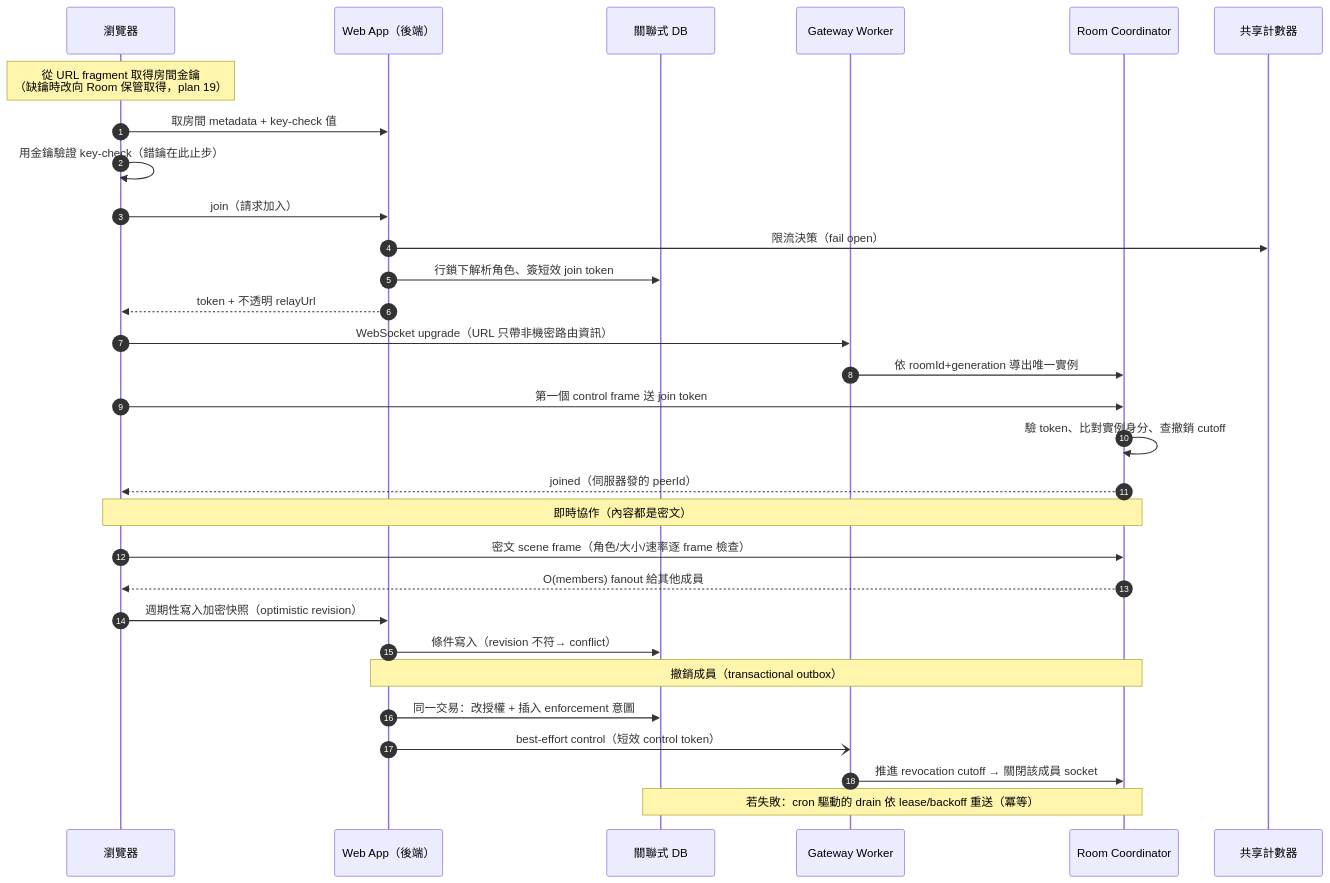
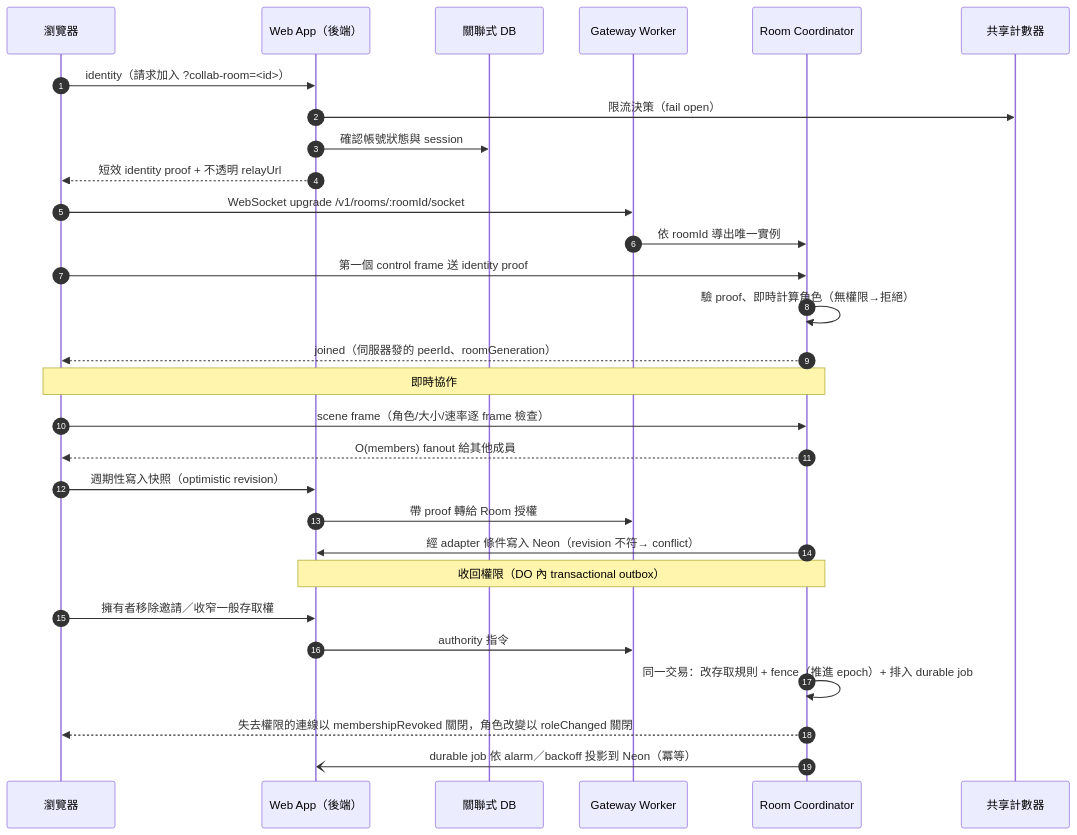
The second of 2 diagrams in docs/system-design/system-overview.md (EricTsai83/drawstuff), drawn with Mermaid before and after one commit. The commit also changed other lines of this file and 48 other files, not shown here.

````diff
--- a/docs/system-design/system-overview.md
+++ b/docs/system-design/system-overview.md
@@ -63,35 +59,34 @@
 ```mermaid
 sequenceDiagram
     autonumber
     participant B as 瀏覽器
     participant W as Web App（後端）
     participant DB as 關聯式 DB
     participant G as Gateway Worker
     participant DO as Room Coordinator
     participant R as 共享計數器
 
-    Note over B: 從 URL fragment 取得房間金鑰<br/>（缺鑰時改向 Room 保管取得，plan 19）
-    B->>W: 取房間 metadata + key-check 值
-    B->>B: 用金鑰驗證 key-check（錯鑰在此止步）
-    B->>W: join（請求加入）
+    B->>W: identity（請求加入 ?collab-room=<id>）
     W->>R: 限流決策（fail open）
-    W->>DB: 行鎖下解析角色、簽短效 join token
-    W-->>B: token + 不透明 relayUrl
-    B->>G: WebSocket upgrade（URL 只帶非機密路由資訊）
-    G->>DO: 依 roomId+generation 導出唯一實例
-    B->>DO: 第一個 control frame 送 join token
-    DO->>DO: 驗 token、比對實例身分、查撤銷 cutoff
-    DO-->>B: joined（伺服器發的 peerId）
+    W->>DB: 確認帳號狀態與 session
+    W-->>B: 短效 identity proof + 不透明 relayUrl
+    B->>G: WebSocket upgrade /v1/rooms/:roomId/socket
+    G->>DO: 依 roomId 導出唯一實例
+    B->>DO: 第一個 control frame 送 identity proof
+    DO->>DO: 驗 proof、即時計算角色（無權限→拒絕）
+    DO-->>B: joined（伺服器發的 peerId、roomGeneration）
 
-    Note over B,DO: 即時協作（內容都是密文）
-    B->>DO: 密文 scene frame（角色/大小/速率逐 frame 檢查）
+    Note over B,DO: 即時協作
+    B->>DO: scene frame（角色/大小/速率逐 frame 檢查）
     DO-->>B: O(members) fanout 給其他成員
-    B->>W: 週期性寫入加密快照（optimistic revision）
-    W->>DB: 條件寫入（revision 不符→ conflict）
+    B->>W: 週期性寫入快照（optimistic revision）
+    W->>G: 帶 proof 轉給 Room 授權
+    DO->>W: 經 adapter 條件寫入 Neon（revision 不符→ conflict）
 
-    Note over W,DO: 撤銷成員（transactional outbox）
-    W->>DB: 同一交易：改授權 + 插入 enforcement 意圖
-    W-)G: best-effort control（短效 control token）
-    G->>DO: 推進 revocation cutoff → 關閉該成員 socket
-    Note over DB,DO: 若失敗：cron 驅動的 drain 依 lease/backoff 重送（冪等）
+    Note over W,DO: 收回權限（DO 內 transactional outbox）
+    B->>W: 擁有者移除邀請／收窄一般存取權
+    W->>G: authority 指令
+    DO->>DO: 同一交易：改存取規則 + fence（推進 epoch）+ 排入 durable job
+    DO-->>B: 失去權限的連線以 membershipRevoked 關閉，角色改變以 roleChanged 關閉
+    DO-)W: durable job 依 alarm／backoff 投影到 Neon（冪等）
 ```
````
